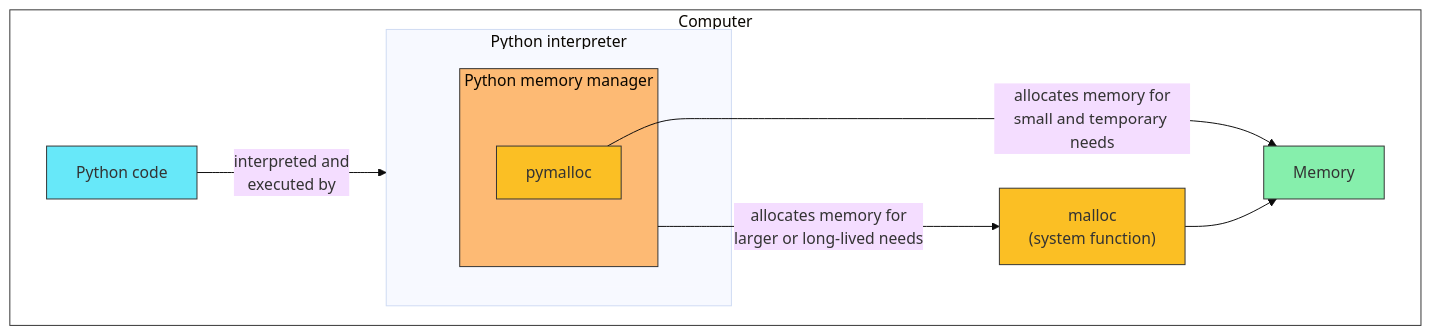
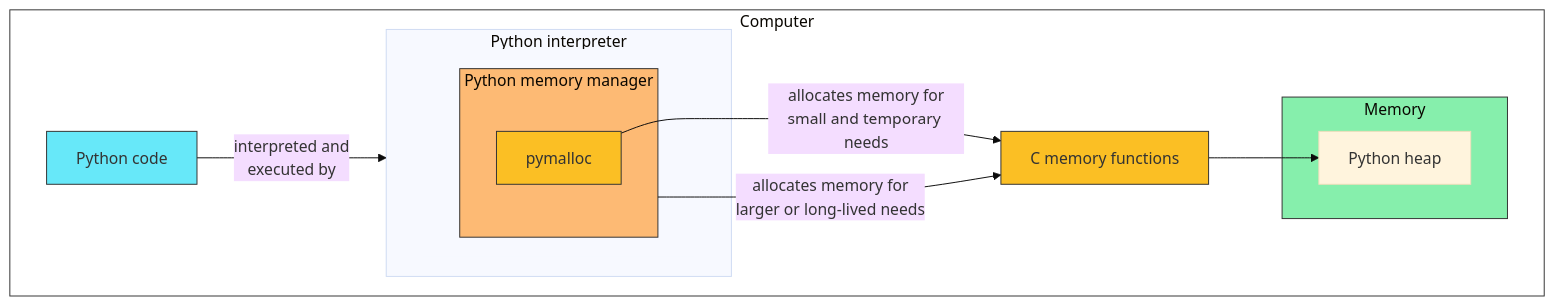
One commit to CU-DBMI/demo-python-memory-reference-accounting changed the eighth of 11 diagrams in README.md. Above: the diagram before and after it, drawn with Mermaid (base theme). The commit also changed other lines of this file, not shown here.

````diff
--- a/README.md
+++ b/README.md
@@ -257,31 +263,33 @@
 ```mermaid
 flowchart LR
 
 subgraph computer ["Computer"]
   direction LR
-  memory["Memory"]
+  subgraph memory["Memory"]
+    pyheap["Python heap"]
+  end
   code["Python code"]
-  malloc["malloc\n(system function)"]
+  malloc["C memory functions"]
   subgraph interpreter ["Python interpreter"]
     subgraph spacer [" "]
         subgraph mgr ["Python memory manager"]
             pymalloc["pymalloc"]
         end
     end
   end
 end
 
 code --> |interpreted and\nexecuted by| interpreter
-pymalloc --> |"allocates memory for\nsmall and temporary needs"| memory
+pymalloc --> |"allocates memory for\nsmall and temporary needs"| malloc
 mgr --> |"allocates memory for\nlarger or long-lived needs"| malloc
-malloc --> memory
+malloc --> pyheap
 
 
 style computer fill:#fff,stroke:#333
 style memory fill:#86EFAC,stroke:#333
 style code fill:#67E8F9,stroke:#333;
 style mgr fill:#FDBA74,stroke:#333;
 style pymalloc fill:#FBBF24,stroke:#333;
 style malloc fill:#FBBF24,stroke:#333;
 style spacer stroke:none;
 ```
````
